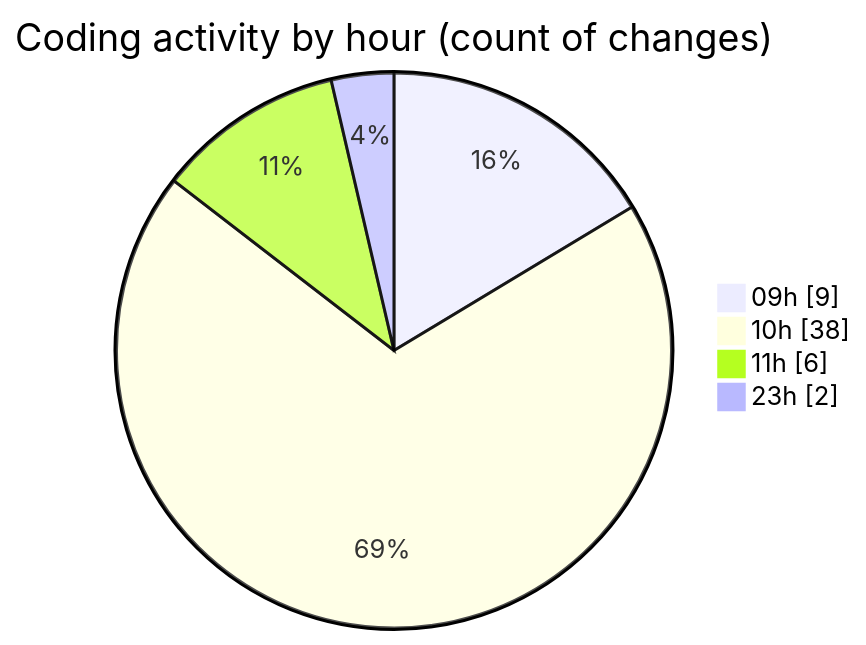
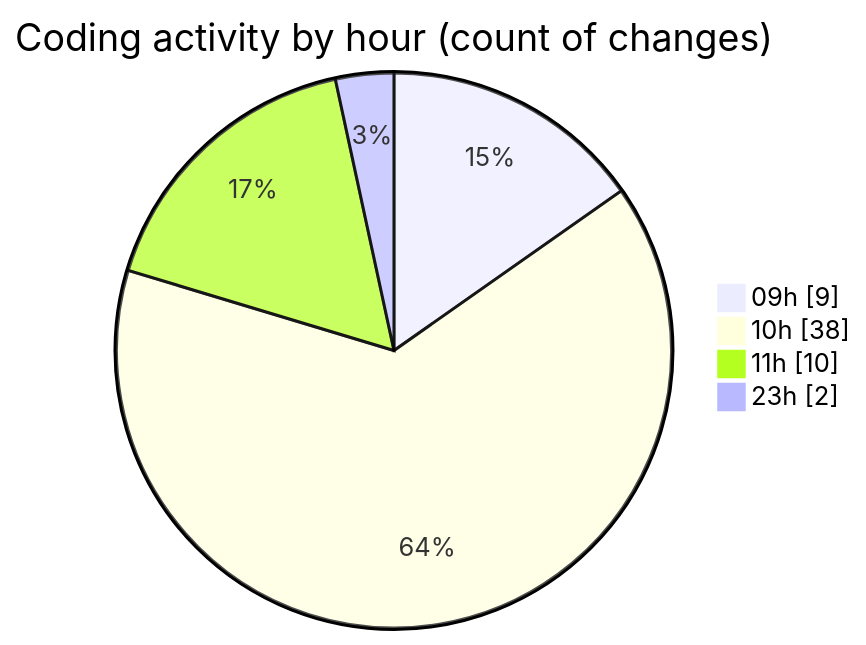
Before and after one commit to Elitesun/code-tracking: the second of 2 diagrams in 2025-05-19/niten/README.md, drawn with Mermaid. The commit also changed other lines of this file and 1 other file, not shown here.

````diff
--- a/2025-05-19/niten/README.md
+++ b/2025-05-19/niten/README.md
@@ -48,8 +50,8 @@
 ```mermaid
 pie showData
 title Coding activity by hour (count of changes)
 "09h" : 9
 "10h" : 38
-"11h" : 6
+"11h" : 10
 "23h" : 2
 ```
````
